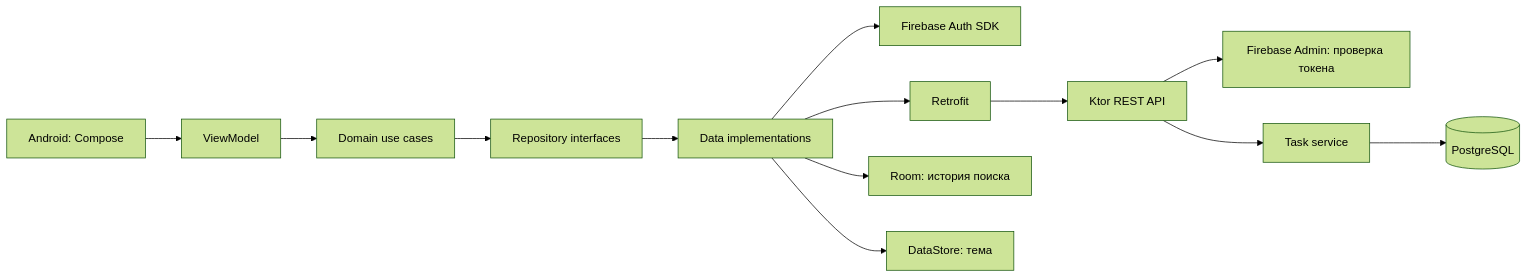
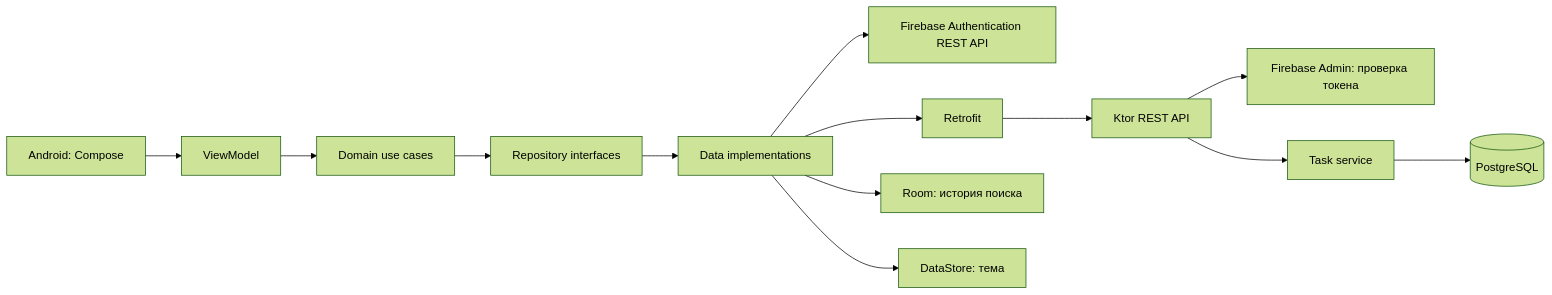
Before and after one commit to Grawgo/TaskPlannerClient: the diagram in docs/02-architecture.md, drawn with Mermaid (forest theme). The commit also changed other lines of this file and 20 other files, not shown here.

Commit message:
Add Firebase Authentication to Android client

````diff
--- a/docs/02-architecture.md
+++ b/docs/02-architecture.md
@@ -5,15 +5,15 @@
 ```mermaid
 flowchart LR
     UI[Android: Compose] --> VM[ViewModel]
     VM --> UC[Domain use cases]
     UC --> REPO[Repository interfaces]
     REPO --> DATA[Data implementations]
-    DATA --> AUTH[Firebase Auth SDK]
+    DATA --> AUTH[Firebase Authentication REST API]
     DATA --> HTTP[Retrofit]
     DATA --> ROOM[Room: история поиска]
     DATA --> PREF[DataStore: тема]
     HTTP --> API[Ktor REST API]
     API --> VERIFY[Firebase Admin: проверка токена]
     API --> SERVICE[Task service]
     SERVICE --> PG[(PostgreSQL)]
 ```
````
